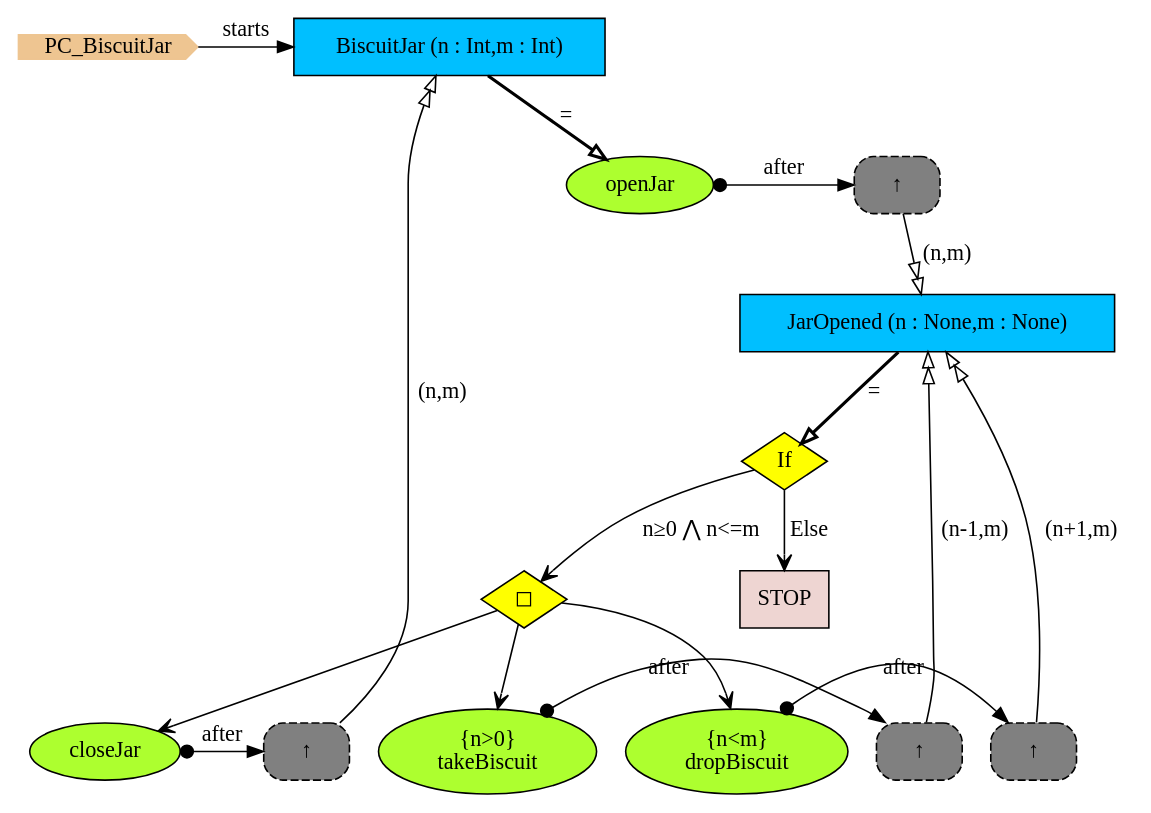
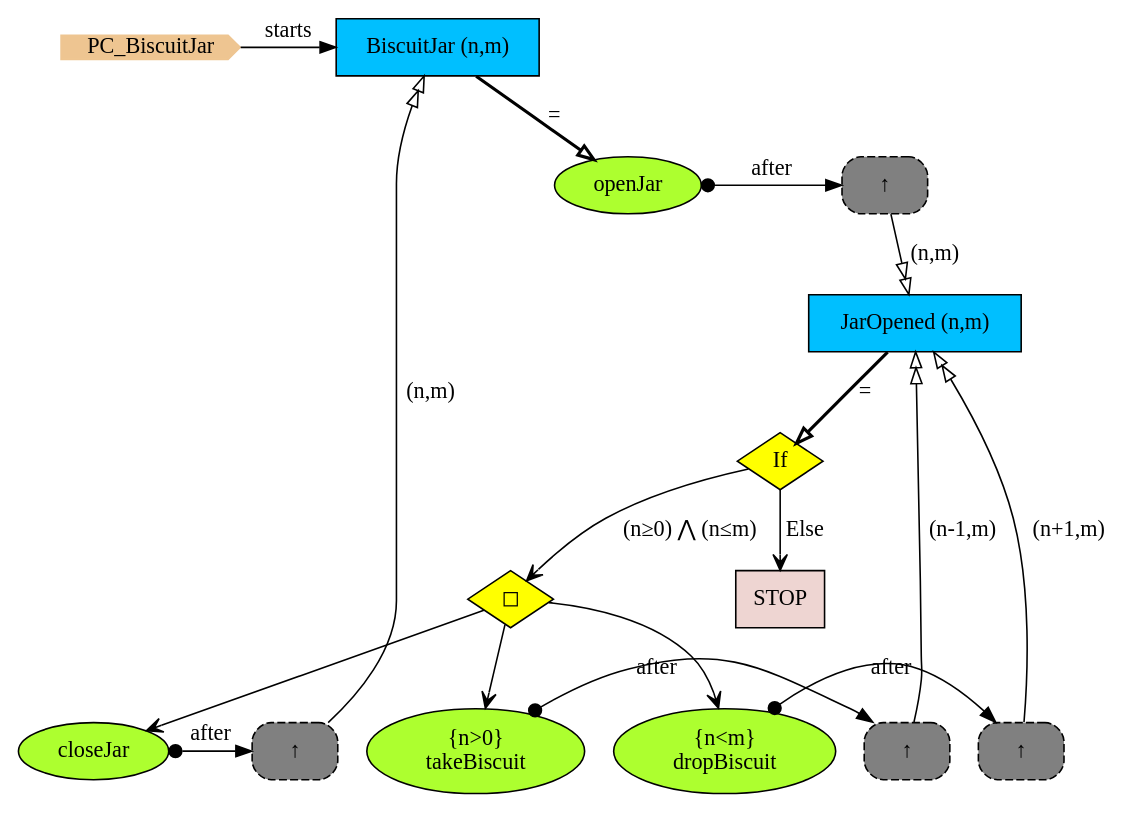
Before and after one commit to namalio/Fragmenta: the diagram in Haskell/PCs/Examples/img/PC_BiscuitJar.gv, drawn with Graphviz. The commit also changed 55 other files, not shown here.

```diff
--- a/Haskell/PCs/Examples/img/PC_BiscuitJar.gv
+++ b/Haskell/PCs/Examples/img/PC_BiscuitJar.gv
@@ -1,42 +1,42 @@
 digraph {
 
 StartN_ [shape = cds,color=burlywood2,style=filled,height=.2,width=.2, label =PC_BiscuitJar];
 openJar [shape=ellipse,fillcolor=greenyellow,style=filled,label="openJar"];
-JarOpened [shape=box,fillcolor=deepskyblue,style = filled,label="JarOpened (n : None,m : None)"];
+JarOpened [shape=box,fillcolor=deepskyblue,style = filled,label="JarOpened (n,m)"];
 OpJarOpenedIf [shape=diamond,fillcolor=yellow,style=filled,label="If"];
 takeBiscuit [shape=ellipse,fillcolor=greenyellow,style=filled,label=" {n>0}
 takeBiscuit"];
 closeJar [shape=ellipse,fillcolor=greenyellow,style=filled,label="closeJar"];
 RefJarOpenedDrop [shape=rectangle,fillcolor=gray,style="rounded,filled,dashed",label="↑ "];
 RefBiscuitJar [shape=rectangle,fillcolor=gray,style="rounded,filled,dashed",label="↑ "];
 RefJarOpenedTake [shape=rectangle,fillcolor=gray,style="rounded,filled,dashed",label="↑ "];
 RefJarOpened [shape=rectangle,fillcolor=gray,style="rounded,filled,dashed",label="↑ "];
 dropBiscuit [shape=ellipse,fillcolor=greenyellow,style=filled,label=" {n<m}
 dropBiscuit"];
 OpJarOpened [shape=diamond,fillcolor=yellow,style=filled,label="◻︎"];
 STOP [shape=box,fillcolor=mistyrose2,style = filled,label="STOP"];
-BiscuitJar [shape=box,fillcolor=deepskyblue,style = filled,label="BiscuitJar (n : Int,m : Int)"];
+BiscuitJar [shape=box,fillcolor=deepskyblue,style = filled,label="BiscuitJar (n,m)"];
 
 {rank=same;RefBiscuitJar,closeJar}
 {rank=same;RefJarOpenedDrop,dropBiscuit}
 {rank=same;RefJarOpened,openJar}
 {rank=same;RefJarOpenedTake,takeBiscuit}
 {rank=same;BiscuitJar,StartN_}
 
 closeJar->RefBiscuitJar[arrowtail=dot,dir=both,label="after"];
 dropBiscuit->RefJarOpenedDrop[arrowtail=dot,dir=both,label="after"];
 RefJarOpenedDrop->JarOpened[arrowhead="normalnormal",fillcolor=white,label=" (n+1,m)"];
 openJar->RefJarOpened[arrowtail=dot,dir=both,label="after"];
 OpJarOpened->closeJar[arrowhead="open"];
 OpJarOpened->takeBiscuit[arrowhead="open"];
-OpJarOpenedIf->OpJarOpened[arrowhead="open",label="n≥0 ⋀ n<=m"];
+OpJarOpenedIf->OpJarOpened[arrowhead="open",label="(n≥0) ⋀ (n≤m)"];
 OpJarOpenedIf->STOP[arrowhead="open",label="Else"];
 OpJarOpened->dropBiscuit[arrowhead="open"];
 RefJarOpened->JarOpened[arrowhead="normalnormal",fillcolor=white,label=" (n,m)"];
 RefJarOpenedTake->JarOpened[arrowhead="normalnormal",fillcolor=white,label=" (n-1,m)"];
 takeBiscuit->RefJarOpenedTake[arrowtail=dot,dir=both,label="after"];
 RefBiscuitJar->BiscuitJar[arrowhead="normalnormal",fillcolor=white,label=" (n,m)"];
 JarOpened->OpJarOpenedIf[arrowhead="onormal",penwidth=2,label="="];
 BiscuitJar->openJar[arrowhead="onormal",penwidth=2,label="="];
 StartN_->BiscuitJar[label="starts"];
 }
```
